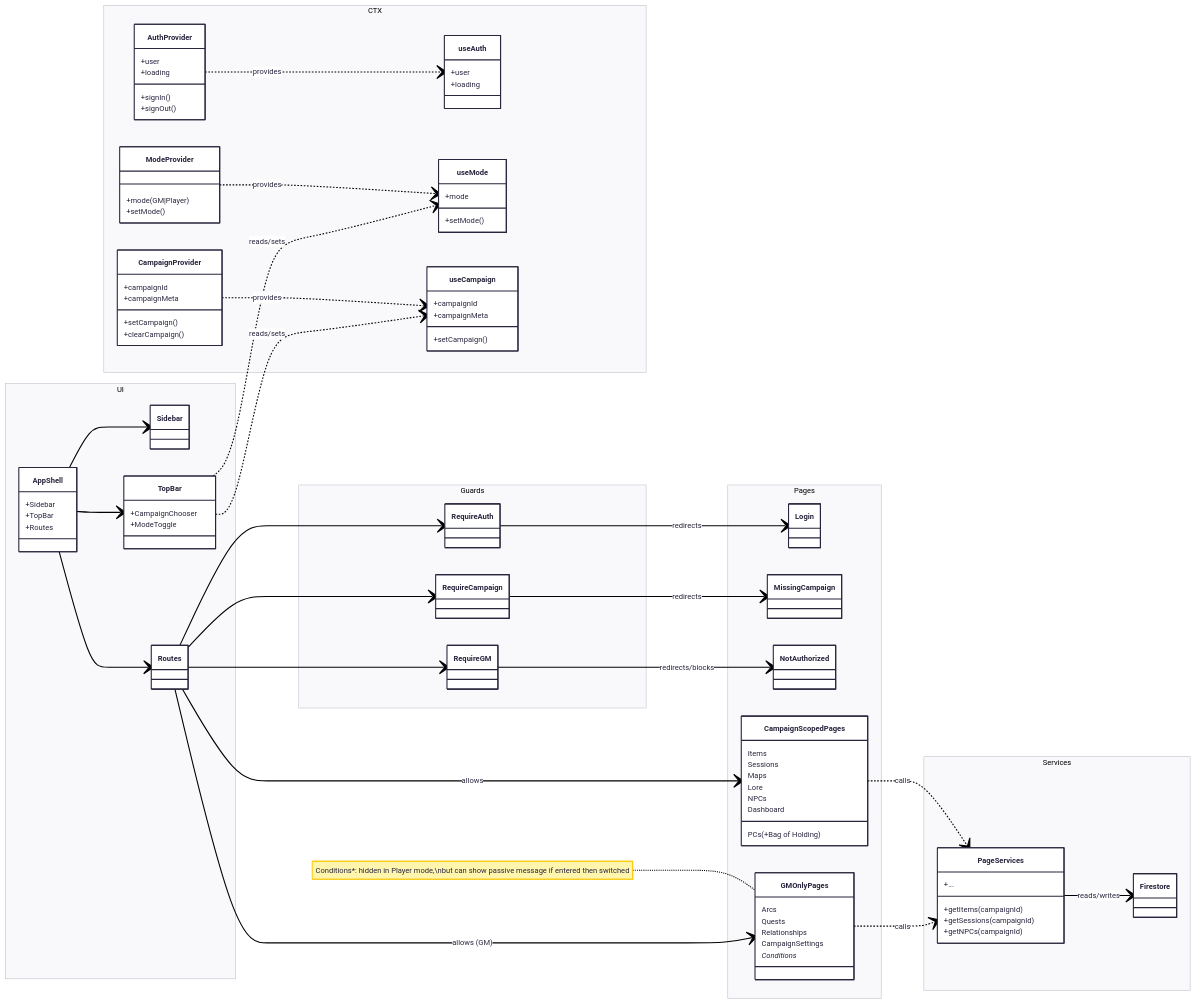
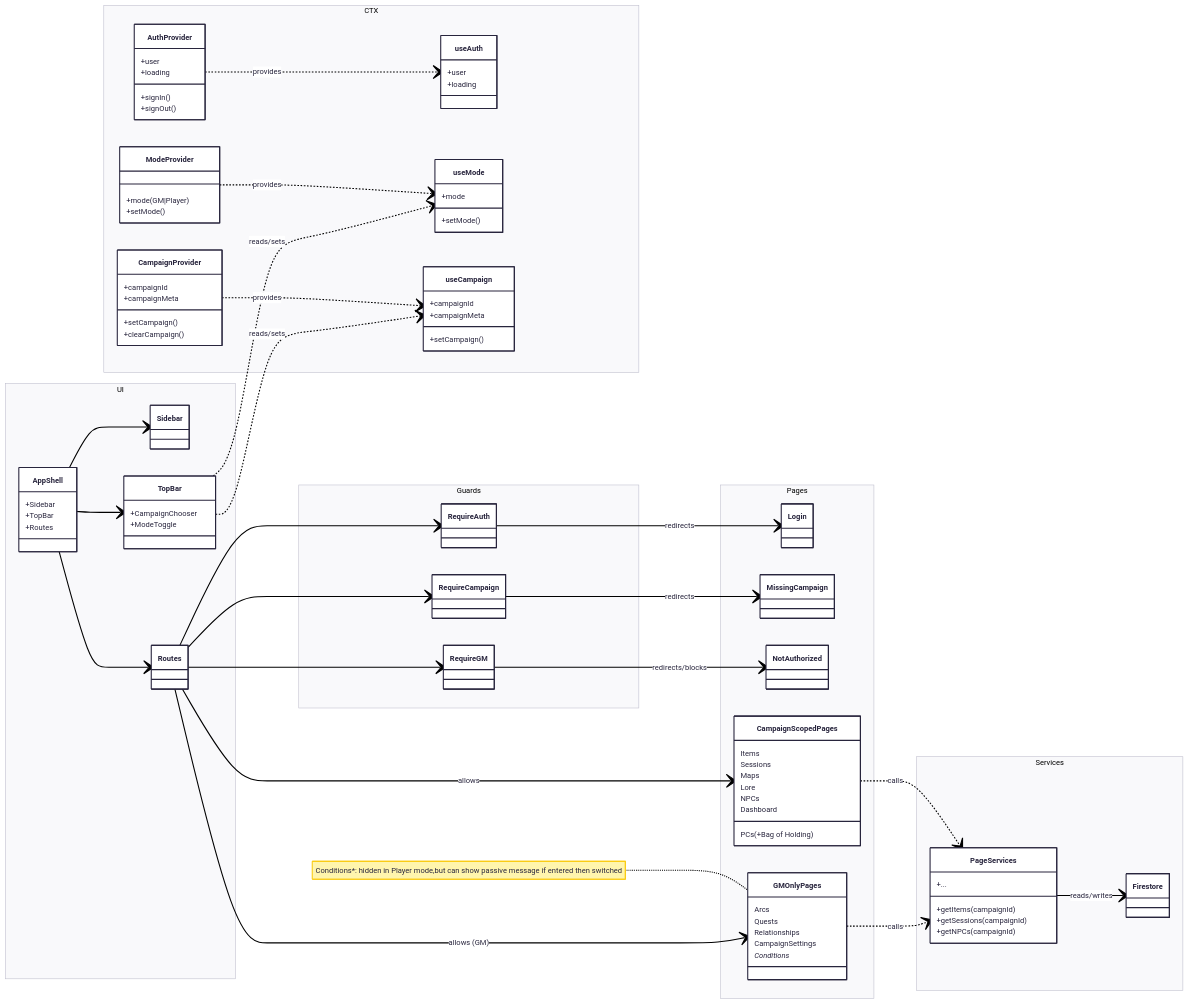
One commit to dopaminedungeon/dopamine-dungeon changed the second of 2 diagrams in docs/context-architecture.md. Above: the diagram before and after it, drawn with Mermaid. The commit also changed 3 other files, not shown here.

````diff
--- a/docs/context-architecture.md
+++ b/docs/context-architecture.md
@@ -275,5 +275,5 @@
 PageServices --> Firestore : reads/writes
 
 %% Optional: note for special rule
-note for GMOnlyPages "Conditions*: hidden in Player mode,\nbut can show passive message if entered then switched"
+note for GMOnlyPages "Conditions*: hidden in Player mode,but can show passive message if entered then switched"
 ```
````
